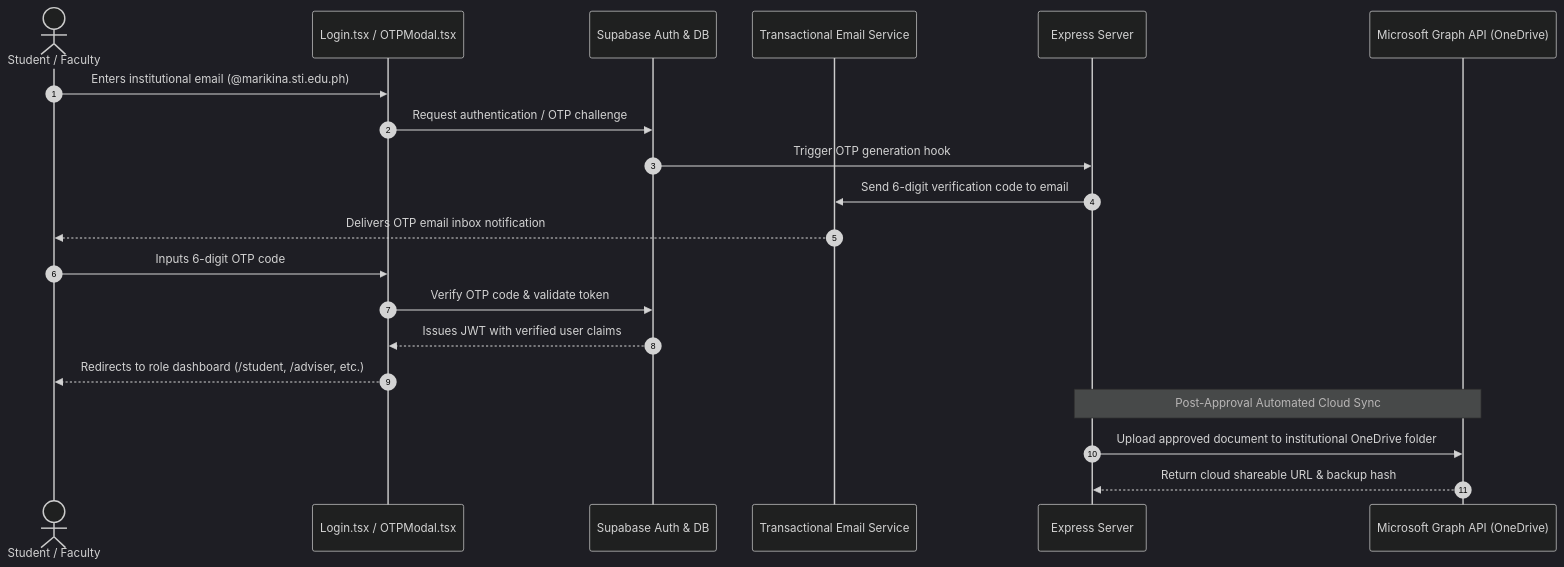
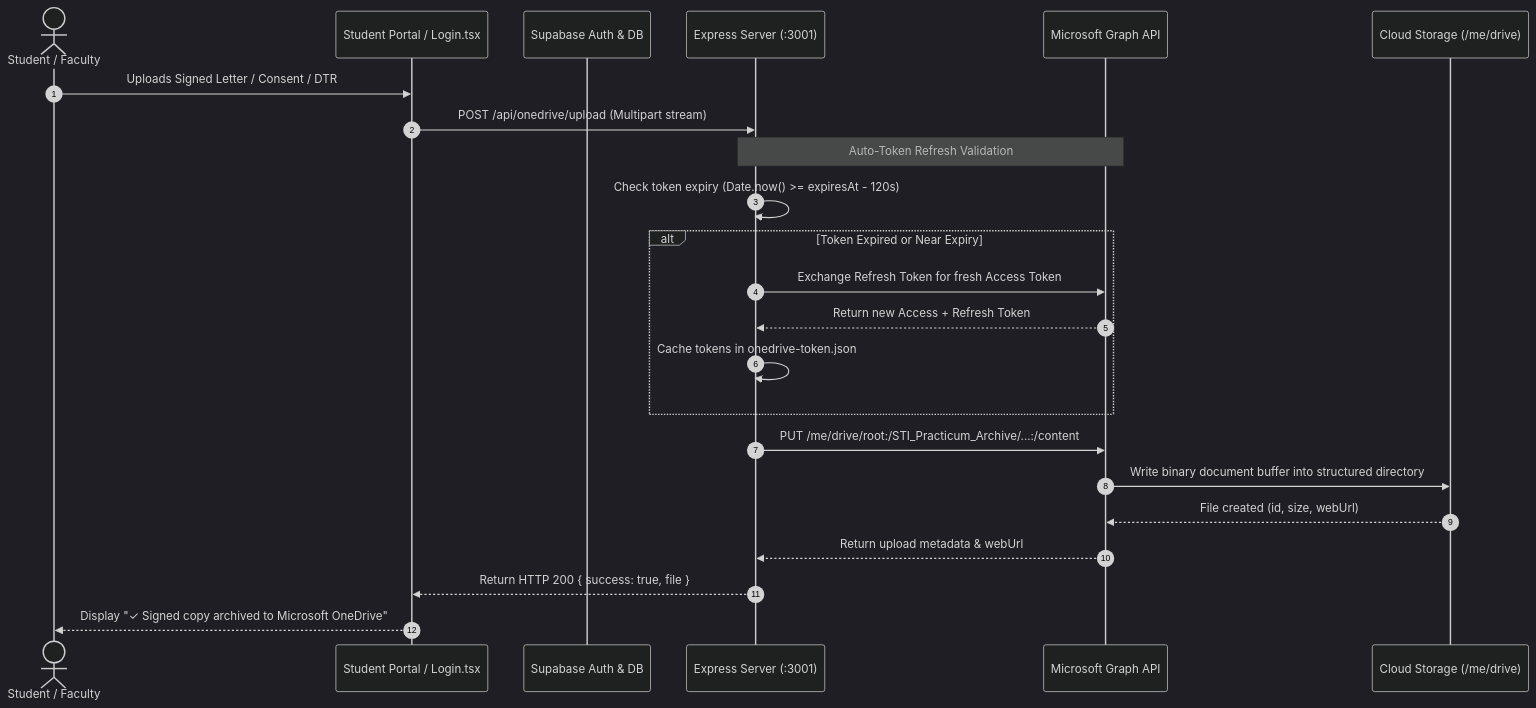
One commit to s5condlast-cmd/Capstone-2-Official-CloudHosting changed the diagram in docs/features/08_AUTH_AND_ONEDRIVE_SYNC.md. Above: the diagram before and after it, drawn with Mermaid (dark theme). The commit also changed other lines of this file, not shown here.

Commit message:
docs(features): add comprehensive OneDrive setup runbook, token lifecycle, and quota documentation

````diff
--- a/docs/features/08_AUTH_AND_ONEDRIVE_SYNC.md
+++ b/docs/features/08_AUTH_AND_ONEDRIVE_SYNC.md
@@ -21,24 +21,28 @@
 ```mermaid
 sequenceDiagram
     autonumber
     actor User as Student / Faculty
-    participant UI as Login.tsx / OTPModal.tsx
+    participant UI as Student Portal / Login.tsx
     participant Supabase as Supabase Auth & DB
-    participant Mailer as Transactional Email Service
-    participant Backend as Express Server
-    participant Graph as Microsoft Graph API (OneDrive)
+    participant Backend as Express Server (:3001)
+    participant Graph as Microsoft Graph API
+    participant OneDrive as Cloud Storage (/me/drive)
 
-    User->>UI: Enters institutional email (@marikina.sti.edu.ph)
-    UI->>Supabase: Request authentication / OTP challenge
-    Supabase->>Backend: Trigger OTP generation hook
-    Backend->>Mailer: Send 6-digit verification code to email
-    Mailer-->>User: Delivers OTP email inbox notification
-    User->>UI: Inputs 6-digit OTP code
-    UI->>Supabase: Verify OTP code & validate token
-    Supabase-->>UI: Issues JWT with verified user claims
-    UI-->>User: Redirects to role dashboard (/student, /adviser, etc.)
+    User->>UI: Uploads Signed Letter / Consent / DTR
+    UI->>Backend: POST /api/onedrive/upload (Multipart stream)
     
-    note over Backend,Graph: Post-Approval Automated Cloud Sync
-    Backend->>Graph: Upload approved document to institutional OneDrive folder
-    Graph-->>Backend: Return cloud shareable URL & backup hash
+    note over Backend,Graph: Auto-Token Refresh Validation
+    Backend->>Backend: Check token expiry (Date.now() >= expiresAt - 120s)
+    alt Token Expired or Near Expiry
+        Backend->>Graph: Exchange Refresh Token for fresh Access Token
+        Graph-->>Backend: Return new Access + Refresh Token
+        Backend->>Backend: Cache tokens in onedrive-token.json
+    end
+
+    Backend->>Graph: PUT /me/drive/root:/STI_Practicum_Archive/...:/content
+    Graph->>OneDrive: Write binary document buffer into structured directory
+    OneDrive-->>Graph: File created (id, size, webUrl)
+    Graph-->>Backend: Return upload metadata & webUrl
+    Backend-->>UI: Return HTTP 200 { success: true, file }
+    UI-->>User: Display "✓ Signed copy archived to Microsoft OneDrive"
 ```
````
